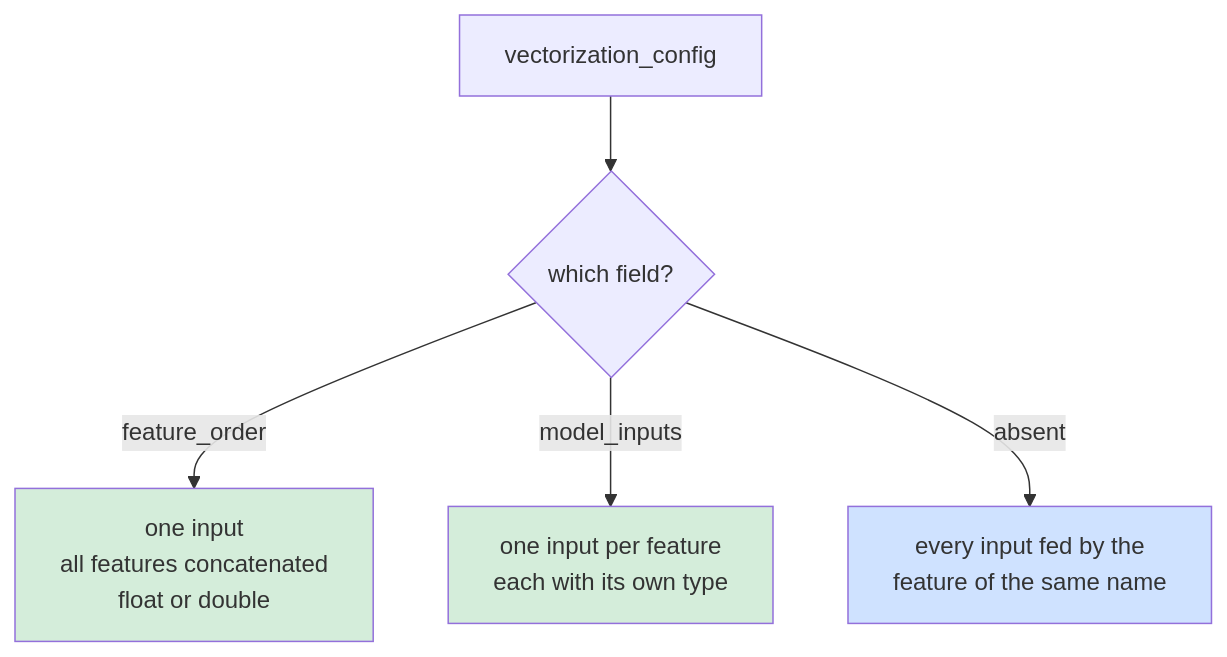
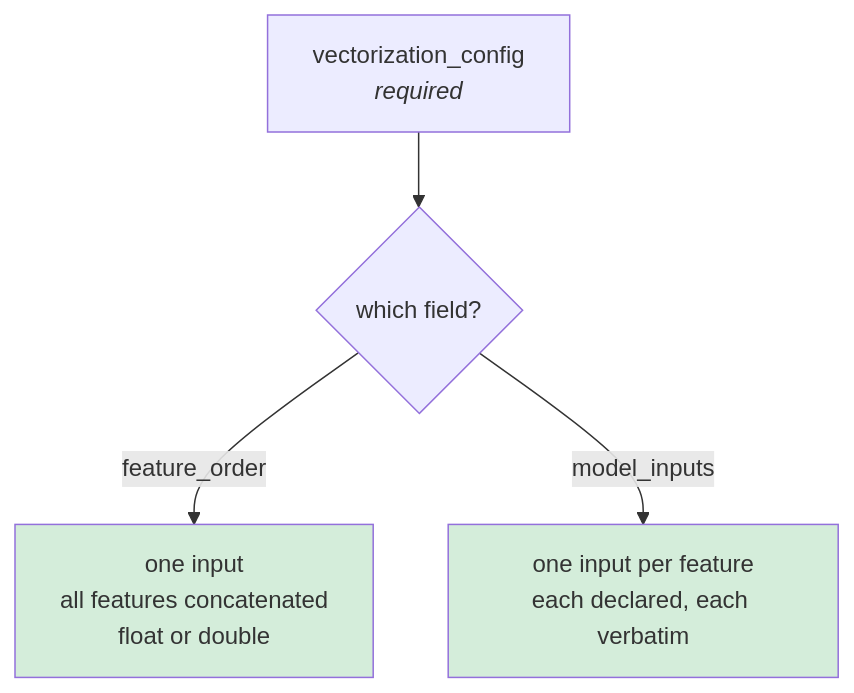
One commit to PratikBarhate/hushar changed the third of 6 diagrams in documentation/request-walkthrough.md. Above: the diagram before and after it, drawn with Mermaid. The commit also changed other lines of this file and 72 other files, not shown here.

````diff
--- a/documentation/request-walkthrough.md
+++ b/documentation/request-walkthrough.md
@@ -128,10 +132,8 @@
 ```mermaid
 flowchart TB
-  cfg["vectorization_config"] --> q{"which field?"}
+  cfg["vectorization_config<br/><i>required</i>"] --> q{"which field?"}
   q -->|"feature_order"| v["one input<br/>all features concatenated<br/>float or double"]
-  q -->|"model_inputs"| f["one input per feature<br/>each with its own type"]
-  q -->|"absent"| p["every input fed by the<br/>feature of the same name"]
+  q -->|"model_inputs"| f["one input per feature<br/>each declared, each verbatim"]
   style v fill:#d4edda
   style f fill:#d4edda
-  style p fill:#cfe2ff
 ```
````
